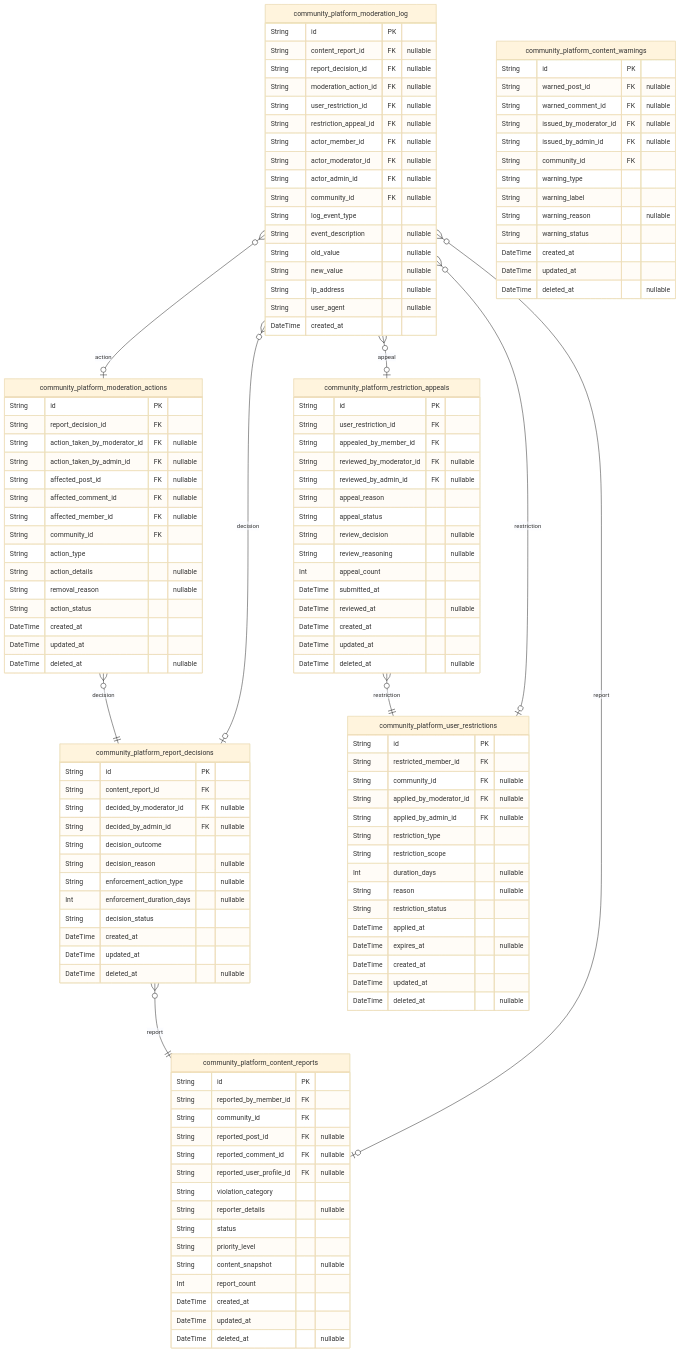
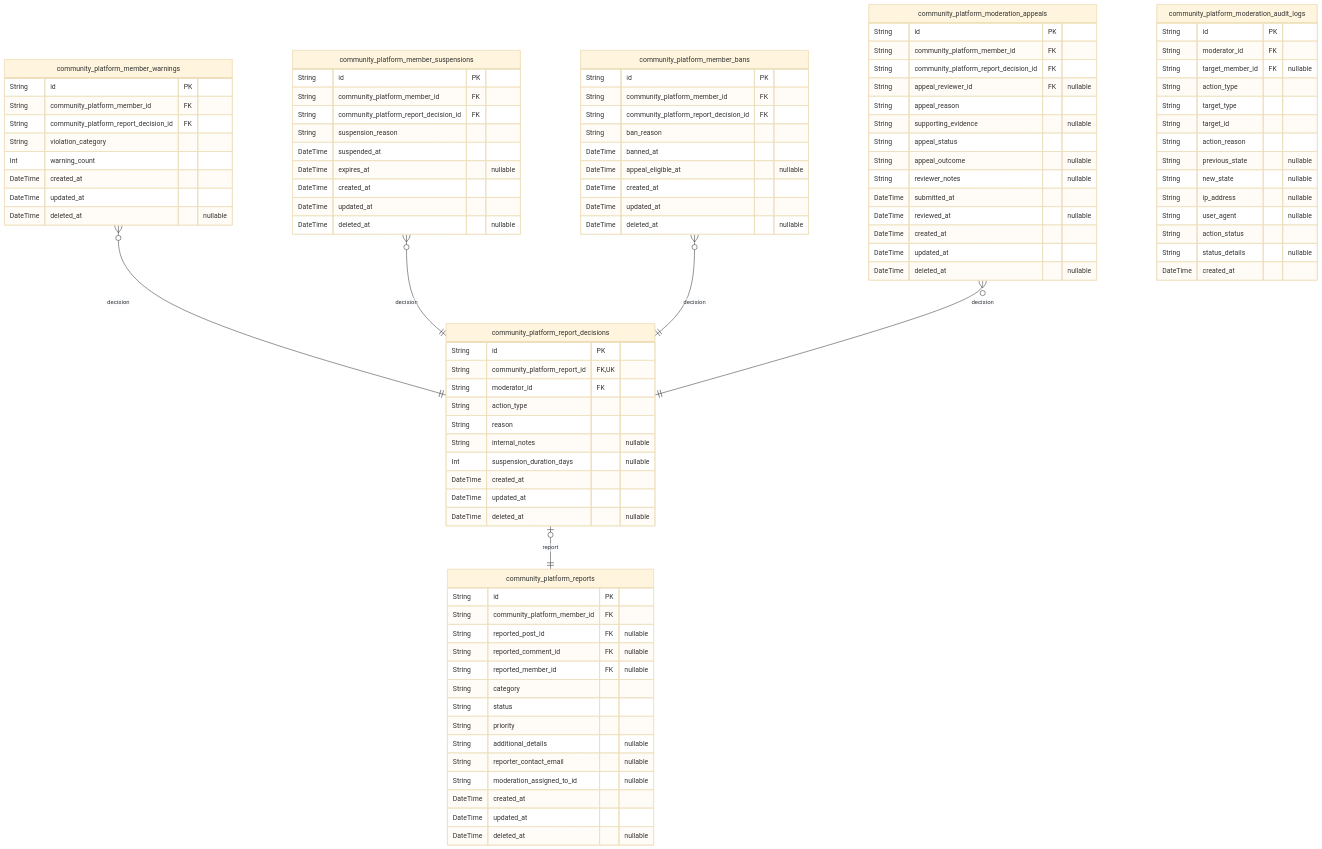
Before and after one commit to wrtnlabs/autobe-examples: the sixth of 9 diagrams in anthropic/claude-haiku-4.5/reddit/docs/ERD.md, drawn with Mermaid (base theme). The commit also changed other lines of this file and 22498 other files, not shown here.

````diff
--- a/anthropic/claude-haiku-4.5/reddit/docs/ERD.md
+++ b/anthropic/claude-haiku-4.5/reddit/docs/ERD.md
@@ -1303,127 +1396,100 @@
 ```mermaid
 erDiagram
-"community_platform_content_reports" {
+"community_platform_reports" {
   String id PK
-  String reported_by_member_id FK
-  String community_id FK
+  String community_platform_member_id FK
   String reported_post_id FK "nullable"
   String reported_comment_id FK "nullable"
-  String reported_user_profile_id FK "nullable"
-  String violation_category
-  String reporter_details "nullable"
+  String reported_member_id FK "nullable"
+  String category
   String status
-  String priority_level
-  String content_snapshot "nullable"
-  Int report_count
+  String priority
+  String additional_details "nullable"
+  String reporter_contact_email "nullable"
+  String moderation_assigned_to_id "nullable"
   DateTime created_at
   DateTime updated_at
   DateTime deleted_at "nullable"
 }
 "community_platform_report_decisions" {
   String id PK
-  String content_report_id FK
-  String decided_by_moderator_id FK "nullable"
-  String decided_by_admin_id FK "nullable"
-  String decision_outcome
-  String decision_reason "nullable"
-  String enforcement_action_type "nullable"
-  Int enforcement_duration_days "nullable"
-  String decision_status
+  String community_platform_report_id FK,UK
+  String moderator_id FK
+  String action_type
+  String reason
+  String internal_notes "nullable"
+  Int suspension_duration_days "nullable"
   DateTime created_at
   DateTime updated_at
   DateTime deleted_at "nullable"
 }
-"community_platform_moderation_actions" {
+"community_platform_member_warnings" {
   String id PK
-  String report_decision_id FK
-  String action_taken_by_moderator_id FK "nullable"
-  String action_taken_by_admin_id FK "nullable"
-  String affected_post_id FK "nullable"
-  String affected_comment_id FK "nullable"
-  String affected_member_id FK "nullable"
-  String community_id FK
-  String action_type
-  String action_details "nullable"
-  String removal_reason "nullable"
-  String action_status
+  String community_platform_member_id FK
+  String community_platform_report_decision_id FK
+  String violation_category
+  Int warning_count
   DateTime created_at
   DateTime updated_at
   DateTime deleted_at "nullable"
 }
-"community_platform_user_restrictions" {
+"community_platform_member_suspensions" {
   String id PK
-  String restricted_member_id FK
-  String community_id FK "nullable"
-  String applied_by_moderator_id FK "nullable"
-  String applied_by_admin_id FK "nullable"
-  String restriction_type
-  String restriction_scope
-  Int duration_days "nullable"
-  String reason "nullable"
-  String restriction_status
-  DateTime applied_at
+  String community_platform_member_id FK
+  String community_platform_report_decision_id FK
+  String suspension_reason
+  DateTime suspended_at
   DateTime expires_at "nullable"
   DateTime created_at
   DateTime updated_at
   DateTime deleted_at "nullable"
 }
-"community_platform_restriction_appeals" {
+"community_platform_member_bans" {
   String id PK
-  String user_restriction_id FK
-  String appealed_by_member_id FK
-  String reviewed_by_moderator_id FK "nullable"
-  String reviewed_by_admin_id FK "nullable"
+  String community_platform_member_id FK
+  String community_platform_report_decision_id FK
+  String ban_reason
+  DateTime banned_at
+  DateTime appeal_eligible_at "nullable"
+  DateTime created_at
+  DateTime updated_at
+  DateTime deleted_at "nullable"
+}
+"community_platform_moderation_appeals" {
+  String id PK
+  String community_platform_member_id FK
+  String community_platform_report_decision_id FK
+  String appeal_reviewer_id FK "nullable"
   String appeal_reason
+  String supporting_evidence "nullable"
   String appeal_status
-  String review_decision "nullable"
-  String review_reasoning "nullable"
-  Int appeal_count
+  String appeal_outcome "nullable"
+  String reviewer_notes "nullable"
   DateTime submitted_at
   DateTime reviewed_at "nullable"
   DateTime created_at
   DateTime updated_at
   DateTime deleted_at "nullable"
 }
-"community_platform_moderation_log" {
+"community_platform_moderation_audit_logs" {
   String id PK
-  String content_report_id FK "nullable"
-  String report_decision_id FK "nullable"
-  String moderation_action_id FK "nullable"
-  String user_restriction_id FK "nullable"
-  String restriction_appeal_id FK "nullable"
-  String actor_member_id FK "nullable"
-  String actor_moderator_id FK "nullable"
-  String actor_admin_id FK "nullable"
-  String community_id FK "nullable"
-  String log_event_type
-  String event_description "nullable"
-  String old_value "nullable"
-  String new_value "nullable"
+  String moderator_id FK
+  String target_member_id FK "nullable"
+  String action_type
+  String target_type
+  String target_id
+  String action_reason
+  String previous_state "nullable"
+  String new_state "nullable"
   String ip_address "nullable"
   String user_agent "nullable"
+  String action_status
+  String status_details "nullable"
   DateTime created_at
 }
-"community_platform_content_warnings" {
-  String id PK
-  String warned_post_id FK "nullable"
-  String warned_comment_id FK "nullable"
-  String issued_by_moderator_id FK "nullable"
-  String issued_by_admin_id FK "nullable"
-  String community_id FK
-  String warning_type
-  String warning_label
-  String warning_reason "nullable"
-  String warning_status
-  DateTime created_at
-  DateTime updated_at
-  DateTime deleted_at "nullable"
-}
-"community_platform_report_decisions" }o--|| "community_platform_content_reports" : report
-"community_platform_moderation_actions" }o--|| "community_platform_report_decisions" : decision
-"community_platform_restriction_appeals" }o--|| "community_platform_user_restrictions" : restriction
-"community_platform_moderation_log" }o--o| "community_platform_content_reports" : report
-"community_platform_moderation_log" }o--o| "community_platform_report_decisions" : decision
-"community_platform_moderation_log" }o--o| "community_platform_moderation_actions" : action
-"community_platform_moderation_log" }o--o| "community_platform_user_restrictions" : restriction
-"community_platform_moderation_log" }o--o| "community_platform_restriction_appeals" : appeal
+"community_platform_report_decisions" |o--|| "community_platform_reports" : report
+"community_platform_member_warnings" }o--|| "community_platform_report_decisions" : decision
+"community_platform_member_suspensions" }o--|| "community_platform_report_decisions" : decision
+"community_platform_member_bans" }o--|| "community_platform_report_decisions" : decision
+"community_platform_moderation_appeals" }o--|| "community_platform_report_decisions" : decision
 ```
````
